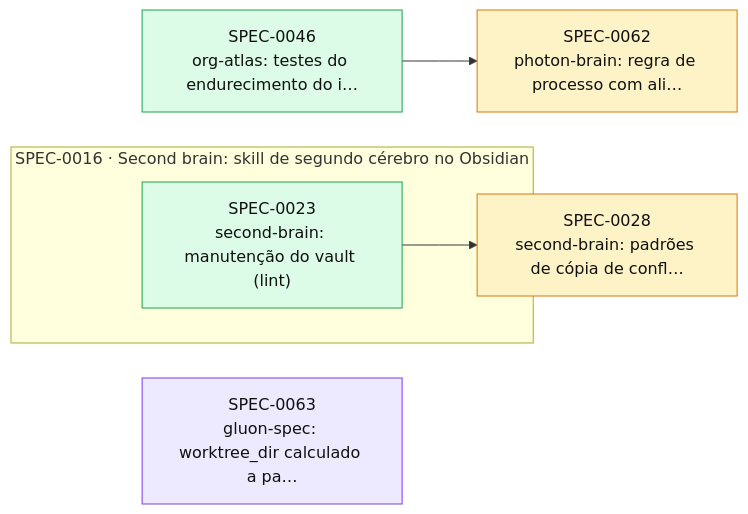
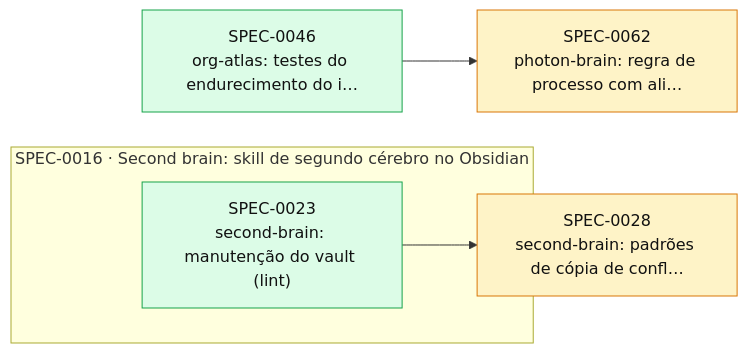
The diagram in docs/specs/INDEX.md (thomasravache/ai-dev-brain), drawn with Mermaid before and after one commit. The commit also changed other lines of this file and 1 other file, not shown here.

First line of the commit message:
docs(specs): G7 e fechamento da SPEC-0063

````diff
--- a/docs/specs/INDEX.md
+++ b/docs/specs/INDEX.md
@@ -50,17 +49,16 @@
 ```mermaid
 flowchart LR
   S0028["SPEC-0028<br/>second-brain: padrões de cópia de confl…"]:::proposed
   S0046["SPEC-0046<br/>org-atlas: testes do endurecimento do i…"]:::implemented
   S0062["SPEC-0062<br/>photon-brain: regra de processo com ali…"]:::proposed
-  S0063["SPEC-0063<br/>gluon-spec: worktree_dir calculado a pa…"]:::inprogress
   subgraph E0016["SPEC-0016 · Second brain: skill de segundo cérebro no Obsidian"]
     S0023["SPEC-0023<br/>second-brain: manutenção do vault (lint)"]:::implemented
   end
   S0023 --> S0028
   S0046 --> S0062
   classDef proposed fill:#fef3c7,stroke:#d97706,color:#111
   classDef approved fill:#dbeafe,stroke:#2563eb,color:#111
   classDef inprogress fill:#ede9fe,stroke:#7c3aed,color:#111
   classDef implemented fill:#dcfce7,stroke:#16a34a,color:#111
   classDef deprecated fill:#f3f4f6,stroke:#9ca3af,color:#6b7280
 ```
````
